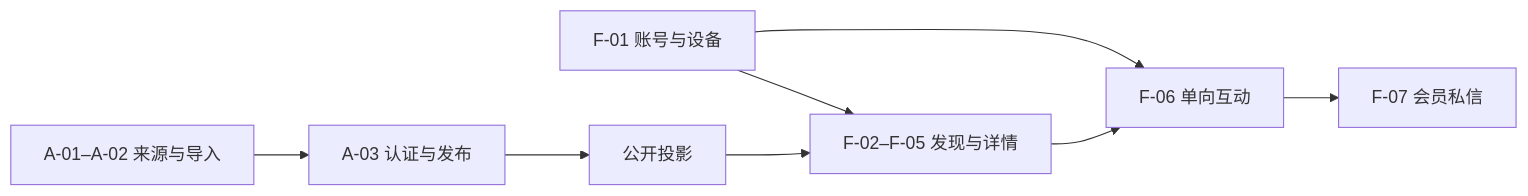
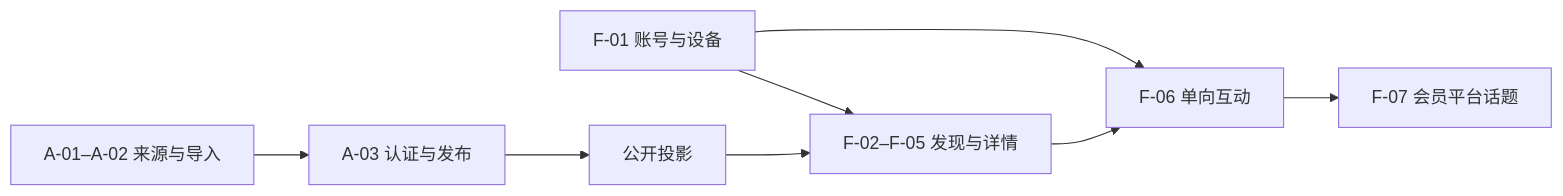
Before and after one commit to yyg20101/meigallery-cloudflare: the first of 3 diagrams in docs/ways-of-work/plan/real-person-discovery-platform/README.md, drawn with Mermaid. The commit also changed other lines of this file and 35 other files, not shown here.

````diff
--- a/docs/ways-of-work/plan/real-person-discovery-platform/README.md
+++ b/docs/ways-of-work/plan/real-person-discovery-platform/README.md
@@ -99,10 +99,10 @@
 ```mermaid
 flowchart LR
     ACC["F-01 账号与设备"] --> DISC["F-02–F-05 发现与详情"]
     SRC["A-01–A-02 来源与导入"] --> VER["A-03 认证与发布"]
     VER --> PROJ["公开投影"]
     PROJ --> DISC
     DISC --> INT["F-06 单向互动"]
     ACC --> INT
-    INT --> MSG["F-07 会员私信"]
+    INT --> MSG["F-07 会员平台话题"]
 ```
````
